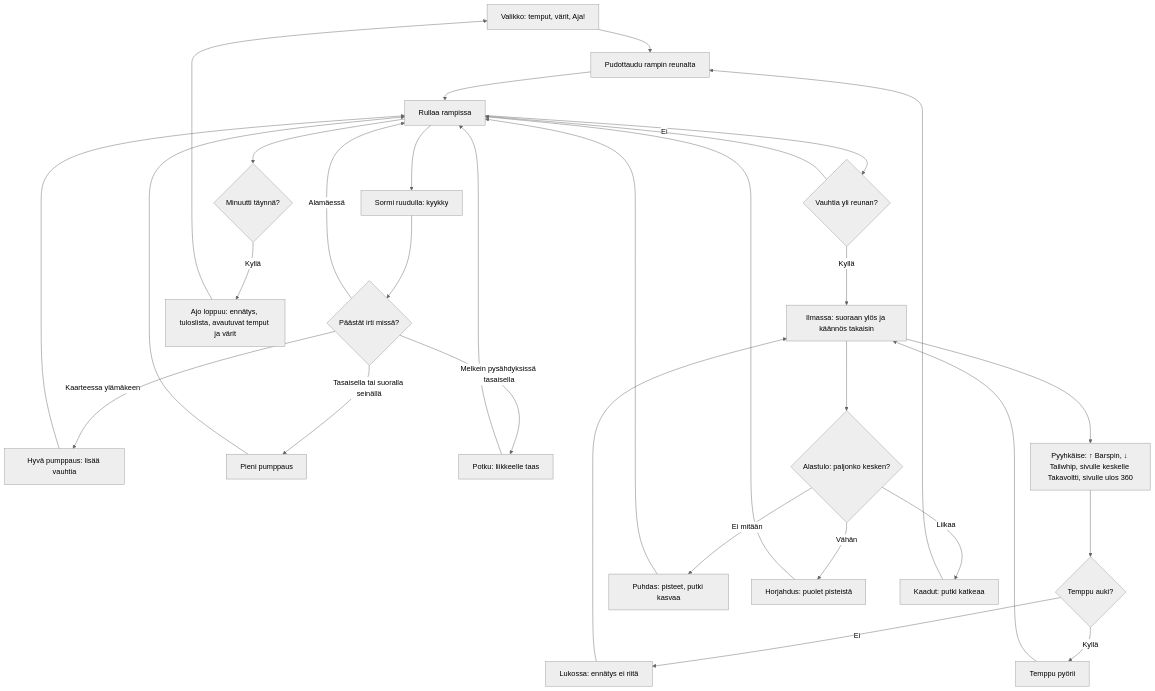
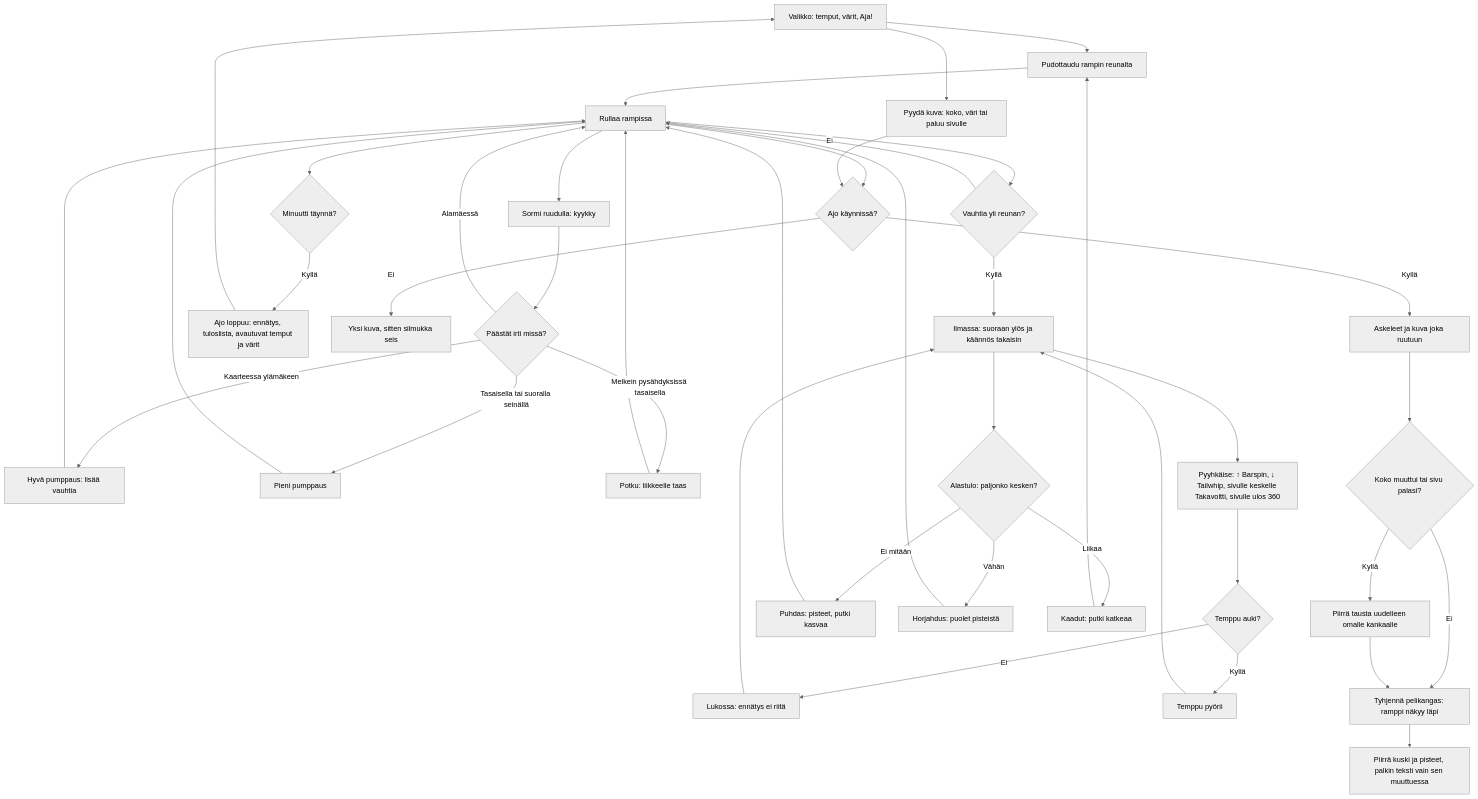
One commit to eerovil/ai-pelit changed the diagram in docs/diagrams/skuutti.md. Above: the diagram before and after it, drawn with Mermaid (neutral theme). The commit also changed other lines of this file and 1 other file, not shown here.

Commit message:
Skuutti v5: diagram and phone note on the drawing
Refs #414

````diff
--- a/docs/diagrams/skuutti.md
+++ b/docs/diagrams/skuutti.md
@@ -14,39 +16,49 @@
 ```mermaid
 flowchart TD
   A[Valikko: temput, värit, Aja!] --> B[Pudottaudu rampin reunalta]
   B --> C[Rullaa rampissa]
   C --> D[Sormi ruudulla: kyykky]
   D --> E{Päästät irti missä?}
   E -- Kaarteessa ylämäkeen --> F[Hyvä pumppaus: lisää vauhtia]
   E -- Tasaisella tai suoralla seinällä --> G[Pieni pumppaus]
   E -- Alamäessä --> C
   E -- Melkein pysähdyksissä tasaisella --> H[Potku: liikkeelle taas]
   F --> C
   G --> C
   H --> C
   C --> I{Vauhtia yli reunan?}
   I -- Ei --> C
   I -- Kyllä --> J[Ilmassa: suoraan ylös ja käännös takaisin]
   J --> K[Pyyhkäise: ↑ Barspin, ↓ Tailwhip, sivulle keskelle Takavoltti, sivulle ulos 360]
   K --> L{Temppu auki?}
   L -- Ei --> M[Lukossa: ennätys ei riitä]
   L -- Kyllä --> N[Temppu pyörii]
   M --> J
   N --> J
   J --> O{Alastulo: paljonko kesken?}
   O -- Ei mitään --> P[Puhdas: pisteet, putki kasvaa]
   O -- Vähän --> Q[Horjahdus: puolet pisteistä]
   O -- Liikaa --> R[Kaadut: putki katkeaa]
   R --> B
   P --> C
   Q --> C
   C --> S{Minuutti täynnä?}
   S -- Kyllä --> T[Ajo loppuu: ennätys, tuloslista, avautuvat temput ja värit]
   T --> A
+  A --> U[Pyydä kuva: koko, väri tai paluu sivulle]
+  C --> V
+  U --> V{Ajo käynnissä?}
+  V -- Ei --> W[Yksi kuva, sitten silmukka seis]
+  V -- Kyllä --> X[Askeleet ja kuva joka ruutuun]
+  X --> Y{Koko muuttui tai sivu palasi?}
+  Y -- Kyllä --> Z[Piirrä tausta uudelleen omalle kankaalle]
+  Y -- Ei --> AA[Tyhjennä pelikangas: ramppi näkyy läpi]
+  Z --> AA
+  AA --> AB[Piirrä kuski ja pisteet, palkin teksti vain sen muuttuessa]
   class D,K blue
-  class E,I,L,O,S amber
-  class B,C,F,G,H,J,N teal
-  class A violet
+  class E,I,L,O,S,V,Y amber
+  class B,C,F,G,H,J,N,X,Z,AA,AB teal
+  class A,U,W violet
   class P,Q,T green
   class M,R rose
 ```
````
